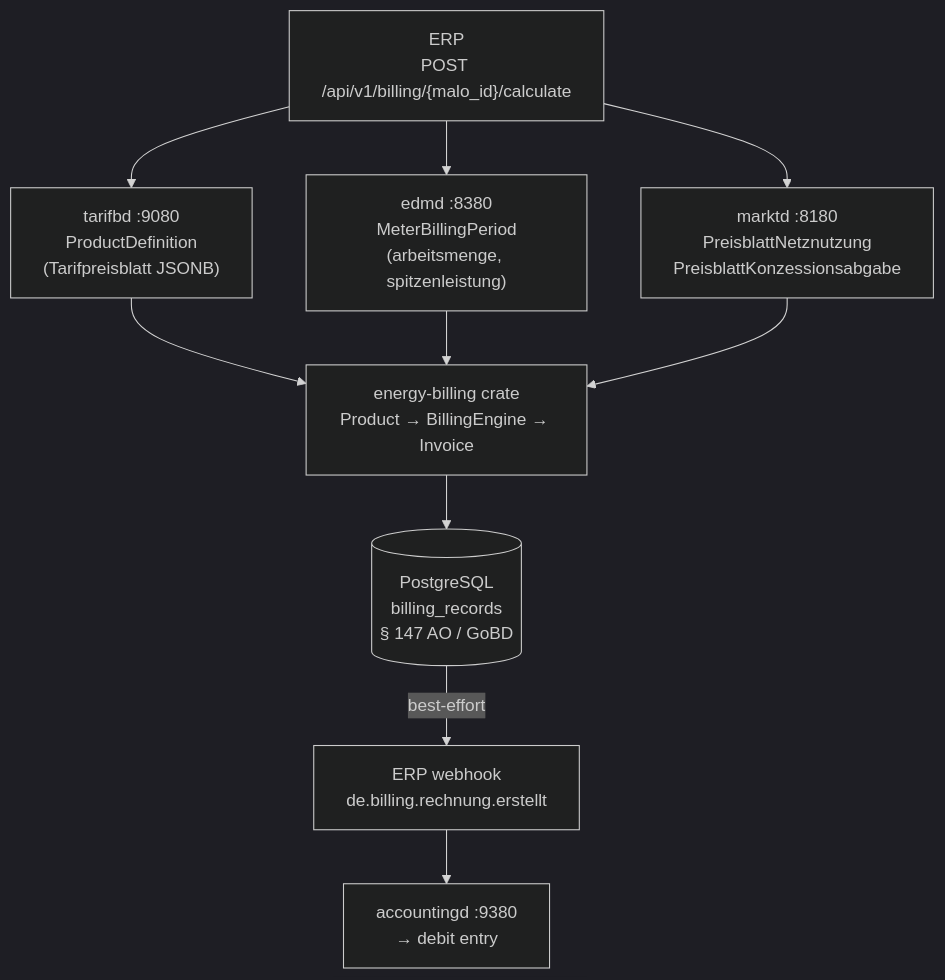
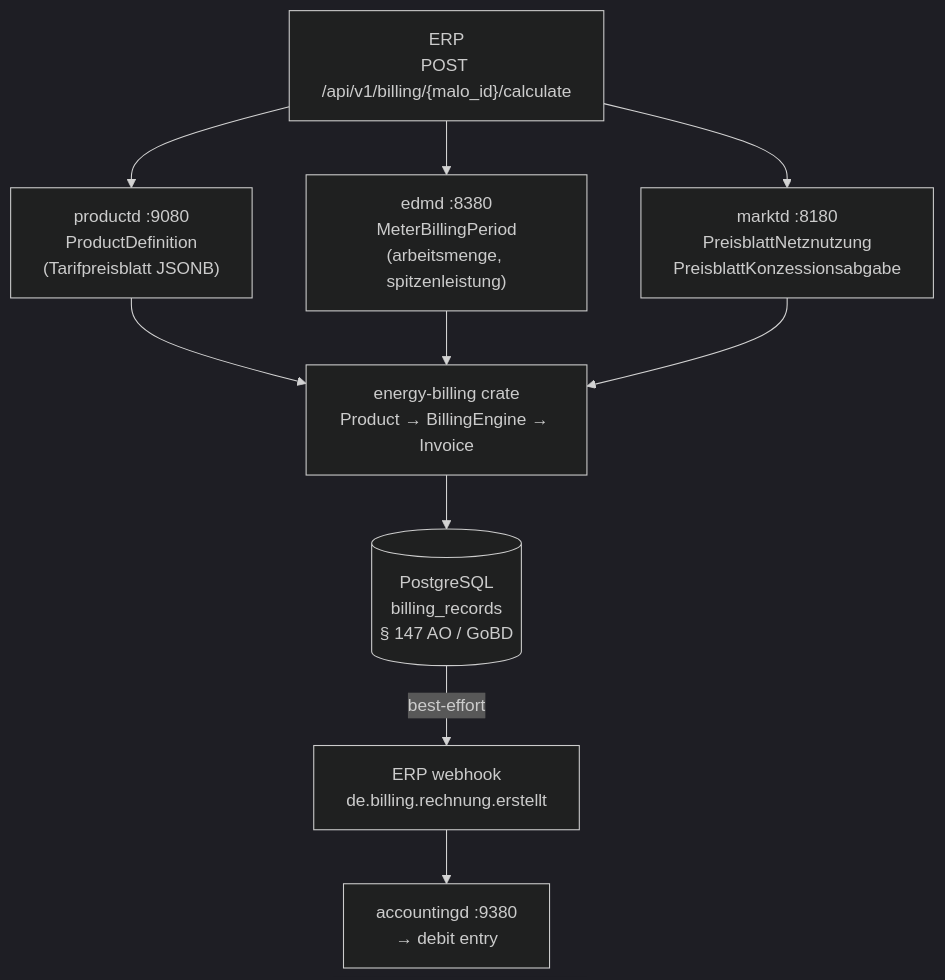
The first of 4 diagrams in site/content/docs/services/billingd.md (hupe1980/mako), drawn with Mermaid (dark theme) before and after one commit. The commit also changed other lines of this file and 261 other files, not shown here.

First line of the commit message:
refactor: rename tarifbd to productd in documentation and code

````diff
--- a/site/content/docs/services/billingd.md
+++ b/site/content/docs/services/billingd.md
@@ -81,21 +81,21 @@
 ```mermaid
 graph TB
     ERP["ERP<br/>POST /api/v1/billing/{malo_id}/calculate"]
-    tarifbd["tarifbd :9080<br/>ProductDefinition<br/>(Tarifpreisblatt JSONB)"]
+    productd["productd :9080<br/>ProductDefinition<br/>(Tarifpreisblatt JSONB)"]
     edmd["edmd :8380<br/>MeterBillingPeriod<br/>(arbeitsmenge, spitzenleistung)"]
     marktd["marktd :8180<br/>PreisblattNetznutzung<br/>PreisblattKonzessionsabgabe"]
     calculator["energy-billing crate<br/>Product → BillingEngine → Invoice"]
     pg[("PostgreSQL<br/>billing_records<br/>§ 147 AO / GoBD")]
     erp_hook["ERP webhook<br/>de.billing.rechnung.erstellt"]
     accountingd["accountingd :9380<br/>→ debit entry"]
 
-    ERP --> tarifbd
+    ERP --> productd
     ERP --> edmd
     ERP --> marktd
-    tarifbd --> calculator
+    productd --> calculator
     edmd --> calculator
     marktd --> calculator
     calculator --> pg
     pg -->|"best-effort"| erp_hook
     erp_hook --> accountingd
 ```
````
